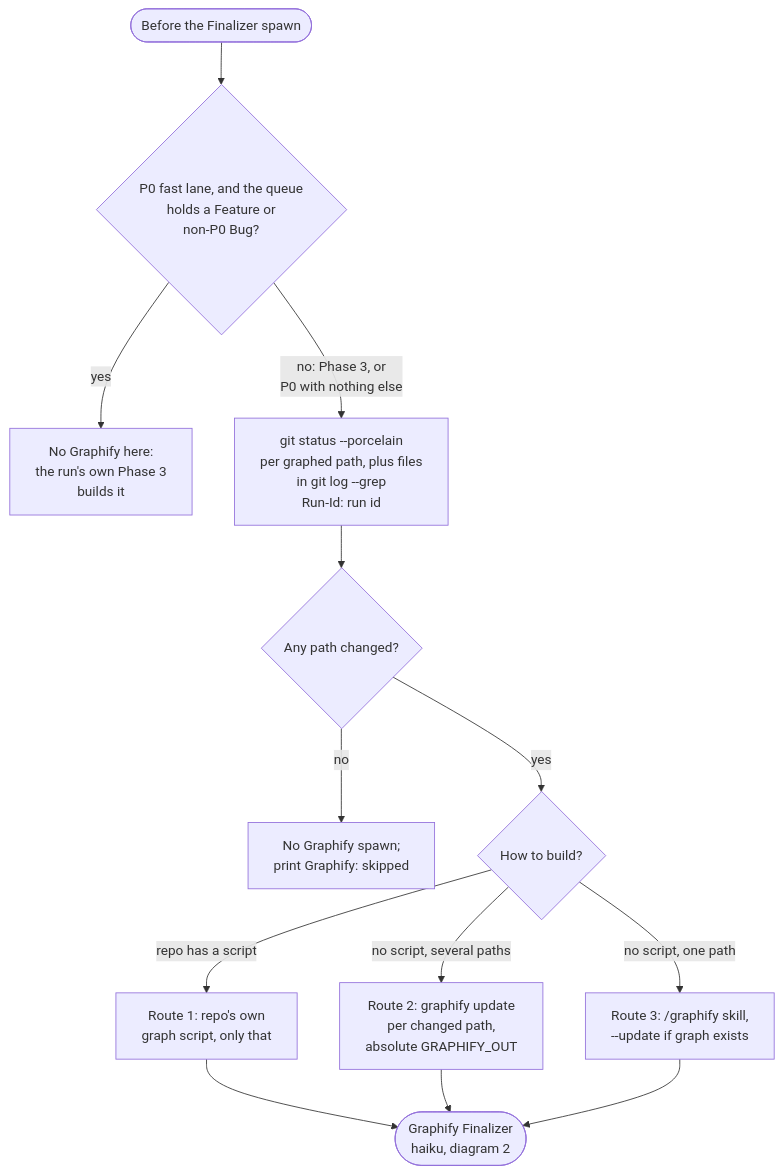
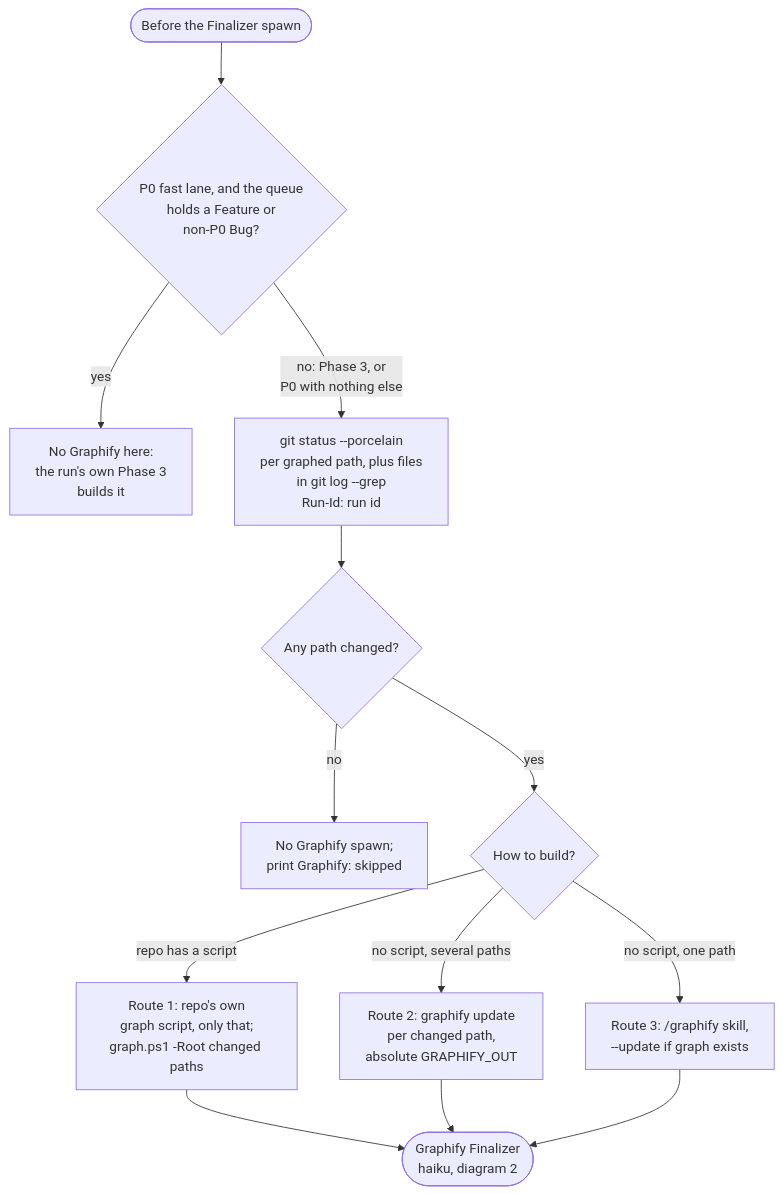
The first of 3 diagrams in skills/orchestrator-development-pattern/mermaid/06-phase3-finalization.md (muhammedalikhan86/claude-stash), drawn with Mermaid before and after one commit. The commit also changed other lines of this file and 32 other files, not shown here.

````diff
--- a/skills/orchestrator-development-pattern/mermaid/06-phase3-finalization.md
+++ b/skills/orchestrator-development-pattern/mermaid/06-phase3-finalization.md
@@ -9,23 +9,23 @@
 ```mermaid
 flowchart TD
     In(["Before the Finalizer spawn"])
     Lane{"P0 fast lane, and the queue<br/>holds a Feature or<br/>non-P0 Bug?"}
     Later["No Graphify here:<br/>the run's own Phase 3<br/>builds it"]
     Status["git status --porcelain<br/>per graphed path, plus files<br/>in git log --grep<br/>Run-Id: run id"]
     Changed{"Any path changed?"}
     Skip["No Graphify spawn;<br/>print Graphify: skipped"]
     Route{"How to build?"}
-    R1["Route 1: repo's own<br/>graph script, only that"]
+    R1["Route 1: repo's own<br/>graph script, only that;<br/>graph.ps1 -Root changed paths"]
     R2["Route 2: graphify update<br/>per changed path,<br/>absolute GRAPHIFY_OUT"]
     R3["Route 3: /graphify skill,<br/>--update if graph exists"]
     Spawn(["Graphify Finalizer<br/>haiku, diagram 2"])
 
     In --> Lane
     Lane -->|yes| Later
     Lane -->|"no: Phase 3, or<br/>P0 with nothing else"| Status --> Changed
     Changed -->|no| Skip
     Changed -->|yes| Route
     Route -->|"repo has a script"| R1 --> Spawn
     Route -->|"no script, several paths"| R2 --> Spawn
     Route -->|"no script, one path"| R3 --> Spawn
 ```
````
